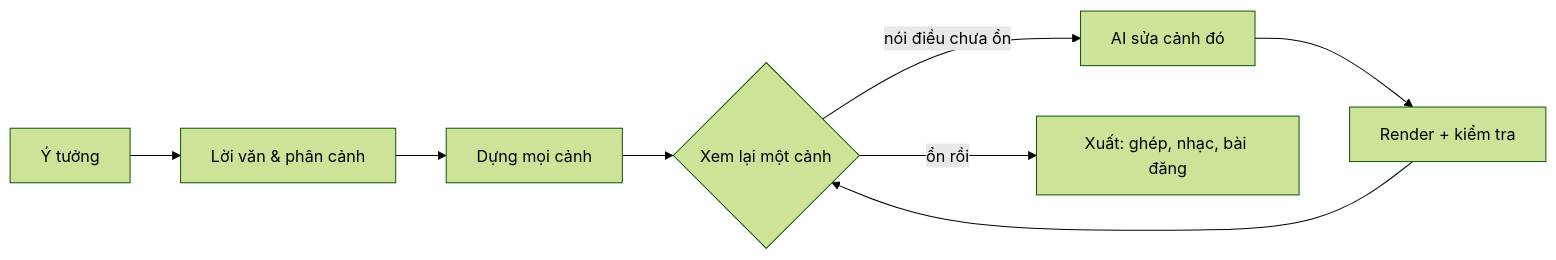
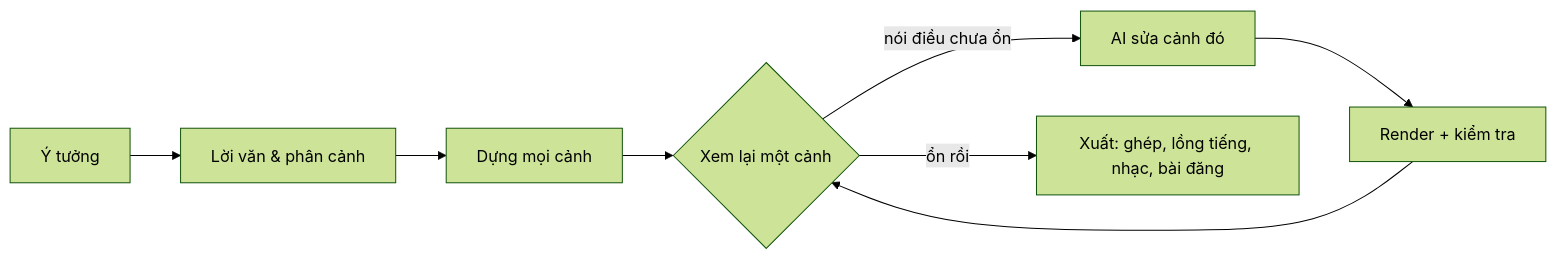
One commit to chihyungchang/Shotloop changed the diagram in README.vi.md. Above: the diagram before and after it, drawn with Mermaid (forest theme). The commit also changed other lines of this file and 161 other files, not shown here.

````diff
--- a/README.vi.md
+++ b/README.vi.md
@@ -109,8 +109,8 @@
 ```mermaid
 flowchart LR
   A[Ý tưởng] --> B[Lời văn &amp; phân cảnh]
   B --> C[Dựng mọi cảnh]
   C --> D{Xem lại một cảnh}
   D -- "nói điều chưa ổn" --> E[AI sửa cảnh đó] --> F[Render + kiểm tra] --> D
-  D -- ổn rồi --> G[Xuất: ghép, nhạc, bài đăng]
+  D -- ổn rồi --> G[Xuất: ghép, lồng tiếng, nhạc, bài đăng]
 ```
````
